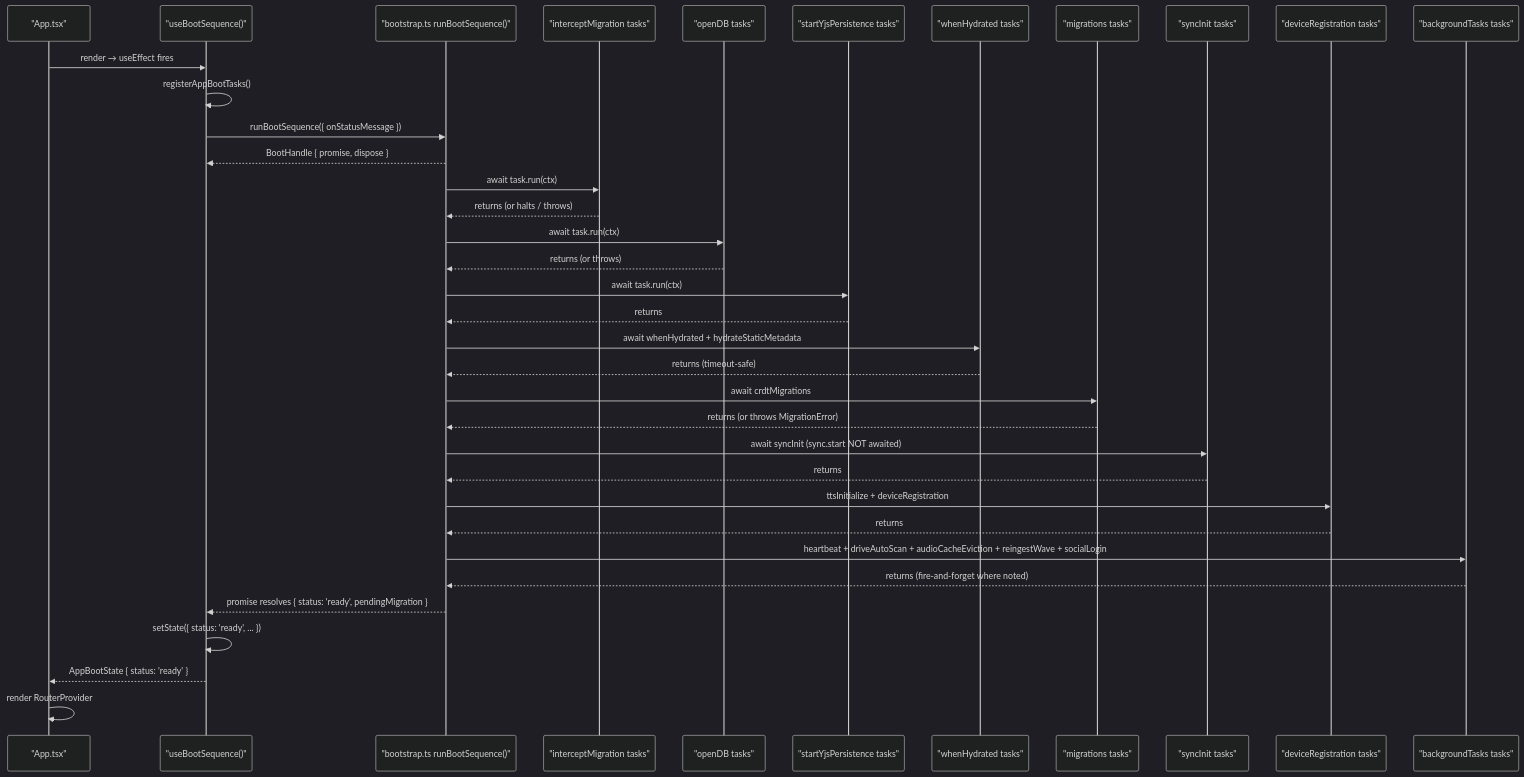
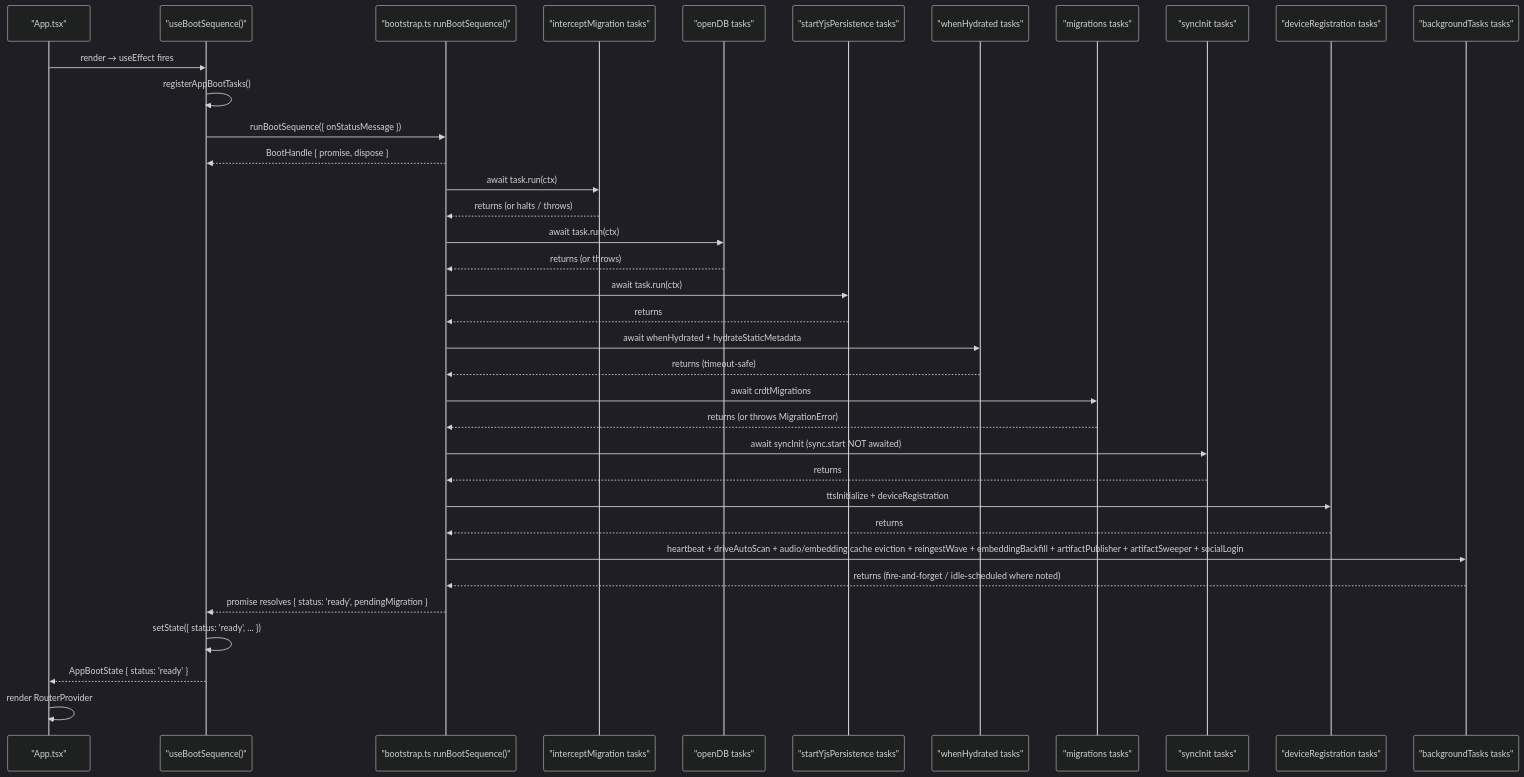
Before and after one commit to vrwarp/versicle: the first of 6 diagrams in docs/comprehensive/14-bootstrap-and-lifecycle.md, drawn with Mermaid (dark theme). The commit also changed other lines of this file and 17 other files, not shown here.

````diff
--- a/docs/comprehensive/14-bootstrap-and-lifecycle.md
+++ b/docs/comprehensive/14-bootstrap-and-lifecycle.md
@@ -175,39 +175,39 @@
 ```mermaid
 sequenceDiagram
     participant App as "App.tsx"
     participant Hook as "useBootSequence()"
     participant BS as "bootstrap.ts runBootSequence()"
     participant T1 as "interceptMigration tasks"
     participant T2 as "openDB tasks"
     participant T3 as "startYjsPersistence tasks"
     participant T4 as "whenHydrated tasks"
     participant T5 as "migrations tasks"
     participant T6 as "syncInit tasks"
     participant T7 as "deviceRegistration tasks"
     participant T8 as "backgroundTasks tasks"
 
     App->>Hook: render → useEffect fires
     Hook->>Hook: registerAppBootTasks()
     Hook->>BS: runBootSequence({ onStatusMessage })
     BS-->>Hook: BootHandle { promise, dispose }
     BS->>T1: await task.run(ctx)
     T1-->>BS: returns (or halts / throws)
     BS->>T2: await task.run(ctx)
     T2-->>BS: returns (or throws)
     BS->>T3: await task.run(ctx)
     T3-->>BS: returns
     BS->>T4: await whenHydrated + hydrateStaticMetadata
     T4-->>BS: returns (timeout-safe)
     BS->>T5: await crdtMigrations
     T5-->>BS: returns (or throws MigrationError)
     BS->>T6: await syncInit (sync.start NOT awaited)
     T6-->>BS: returns
     BS->>T7: ttsInitialize + deviceRegistration
     T7-->>BS: returns
-    BS->>T8: heartbeat + driveAutoScan + audioCacheEviction + reingestWave + socialLogin
-    T8-->>BS: returns (fire-and-forget where noted)
+    BS->>T8: heartbeat + driveAutoScan + audio/embedding cache eviction + reingestWave + embeddingBackfill + artifactPublisher + artifactSweeper + socialLogin
+    T8-->>BS: returns (fire-and-forget / idle-scheduled where noted)
     BS-->>Hook: promise resolves { status: 'ready', pendingMigration }
     Hook->>Hook: setState({ status: 'ready', ... })
     Hook-->>App: AppBootState { status: 'ready' }
     App->>App: render RouterProvider
 ```
````
